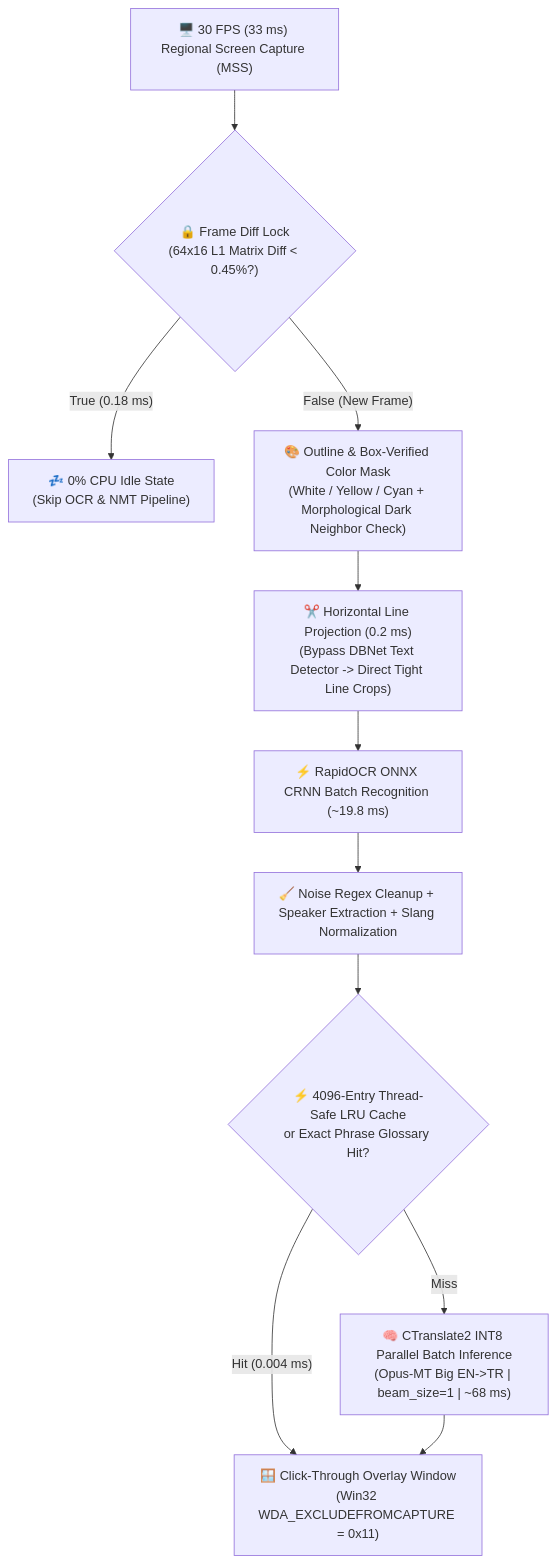
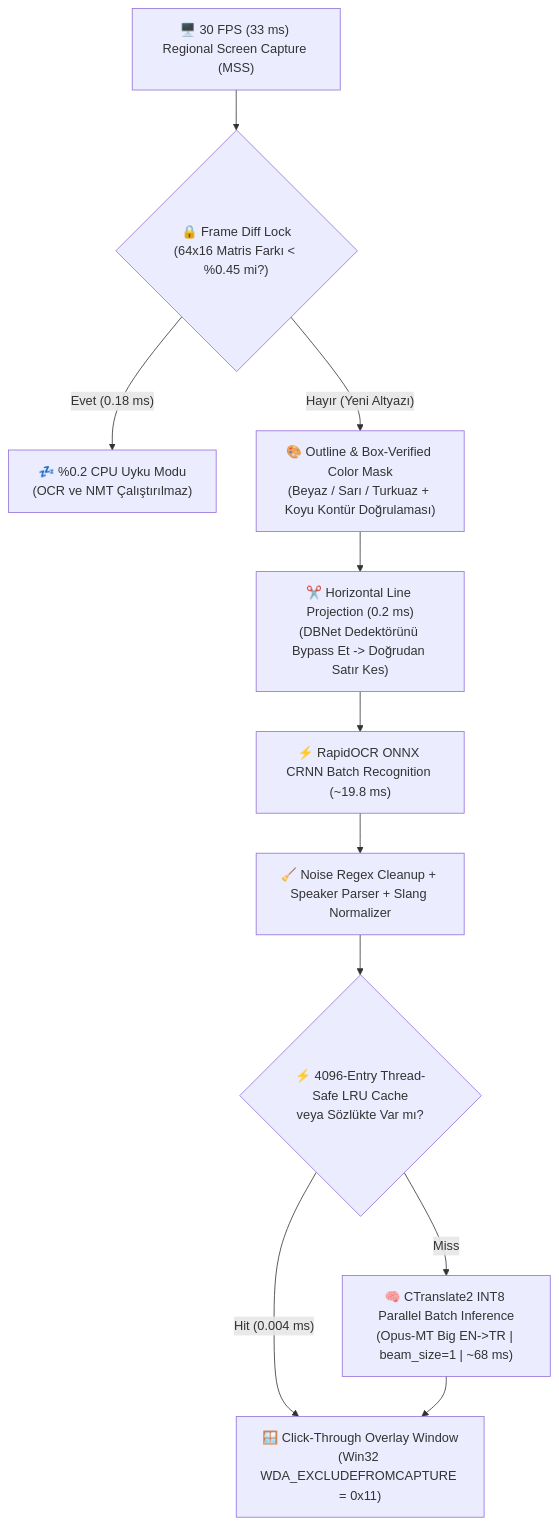
Before and after one commit to Andacbasaran/subvision-ai-subtitle-translator: the diagram in README.md, drawn with Mermaid. The commit also changed other lines of this file and 7 other files, not shown here.

````diff
--- a/README.md
+++ b/README.md
@@ -82,13 +106,13 @@
 ```mermaid
 flowchart TD
-    A["🖥️ 30 FPS (33 ms) Regional Screen Capture (MSS)"] --> B{"🔒 Frame Diff Lock\n(64x16 L1 Matrix Diff < 0.45%?)"}
-    B -- "True (0.18 ms)" --> Z["💤 0% CPU Idle State\n(Skip OCR & NMT Pipeline)"]
-    B -- "False (New Frame)" --> C["🎨 Outline & Box-Verified Color Mask\n(White / Yellow / Cyan + Morphological Dark Neighbor Check)"]
-    C --> D["✂️ Horizontal Line Projection (0.2 ms)\n(Bypass DBNet Text Detector -> Direct Tight Line Crops)"]
+    A["🖥️ 30 FPS (33 ms) Regional Screen Capture (MSS)"] --> B{"🔒 Frame Diff Lock\n(64x16 Matris Farkı < %0.45 mi?)"}
+    B -- "Evet (0.18 ms)" --> Z["💤 %0.2 CPU Uyku Modu\n(OCR ve NMT Çalıştırılmaz)"]
+    B -- "Hayır (Yeni Altyazı)" --> C["🎨 Outline & Box-Verified Color Mask\n(Beyaz / Sarı / Turkuaz + Koyu Kontür Doğrulaması)"]
+    C --> D["✂️ Horizontal Line Projection (0.2 ms)\n(DBNet Dedektörünü Bypass Et -> Doğrudan Satır Kes)"]
     D --> E["⚡ RapidOCR ONNX CRNN Batch Recognition (~19.8 ms)"]
-    E --> F["🧹 Noise Regex Cleanup + Speaker Extraction + Slang Normalization"]
-    F --> G{"⚡ 4096-Entry Thread-Safe LRU Cache\nor Exact Phrase Glossary Hit?"}
+    E --> F["🧹 Noise Regex Cleanup + Speaker Parser + Slang Normalizer"]
+    F --> G{"⚡ 4096-Entry Thread-Safe LRU Cache\nveya Sözlükte Var mı?"}
     G -- "Hit (0.004 ms)" --> I["🪟 Click-Through Overlay Window\n(Win32 WDA_EXCLUDEFROMCAPTURE = 0x11)"]
     G -- "Miss" --> H["🧠 CTranslate2 INT8 Parallel Batch Inference\n(Opus-MT Big EN->TR | beam_size=1 | ~68 ms)"]
     H --> I
 ```
````
